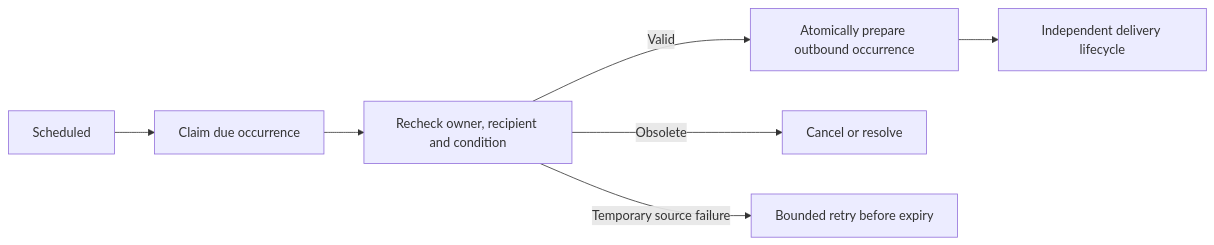
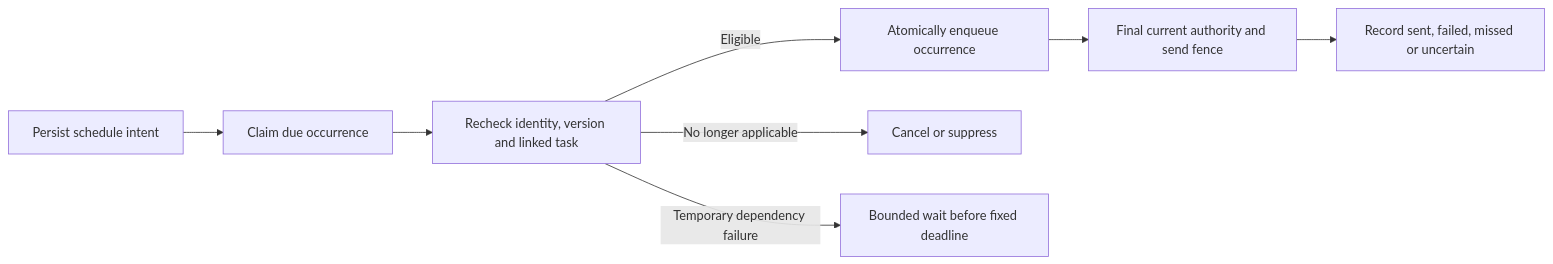
One commit to rs0125/ramesh-bot changed the diagram in docs/agent-modules/15-reminders.md. Above: the diagram before and after it, drawn with Mermaid. The commit also changed other lines of this file and 52 other files, not shown here.

````diff
--- a/docs/agent-modules/15-reminders.md
+++ b/docs/agent-modules/15-reminders.md
@@ -21,9 +77,10 @@
 ```mermaid
 flowchart LR
-    S[Scheduled] --> D[Claim due occurrence]
-    D --> C[Recheck owner, recipient and condition]
-    C -->|Valid| P[Atomically prepare outbound occurrence]
-    C -->|Obsolete| X[Cancel or resolve]
-    C -->|Temporary source failure| R[Bounded retry before expiry]
-    P --> O[Independent delivery lifecycle]
+    I[Persist schedule intent] --> D[Claim due occurrence]
+    D --> A[Recheck identity, version and linked task]
+    A -->|Eligible| Q[Atomically enqueue occurrence]
+    A -->|No longer applicable| X[Cancel or suppress]
+    A -->|Temporary dependency failure| W[Bounded wait before fixed deadline]
+    Q --> F[Final current authority and send fence]
+    F --> O[Record sent, failed, missed or uncertain]
 ```
````
